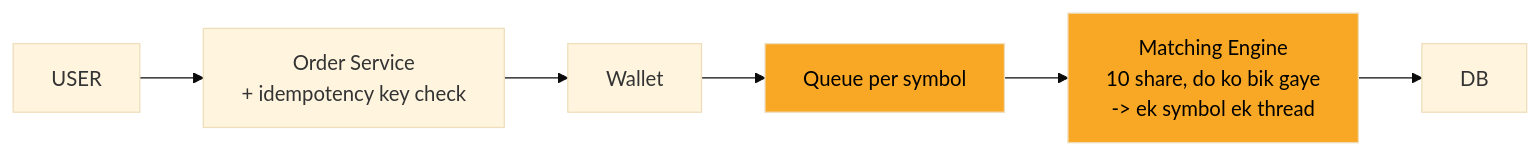
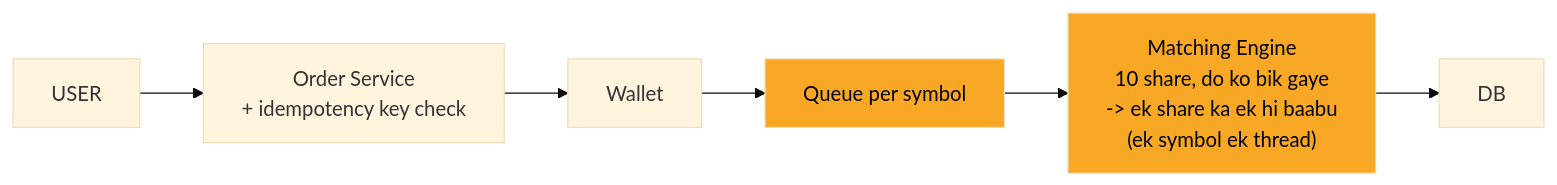
Before and after one commit to ArpanMaheshwari144/Prep: the fourth of 10 diagrams in 04_HLD/SYSTEM_DESIGNS/05_stock_broker_trading/05_stock_broker_trading.md, drawn with Mermaid (base theme). The commit also changed other lines of this file and 13 other files, not shown here.

````diff
--- a/04_HLD/SYSTEM_DESIGNS/05_stock_broker_trading/05_stock_broker_trading.md
+++ b/04_HLD/SYSTEM_DESIGNS/05_stock_broker_trading/05_stock_broker_trading.md
@@ -158,16 +158,16 @@
 ```mermaid
 flowchart LR
     n_USER["USER"]
     n_Order_Service["Order Service<br/>+ idempotency key check"]
     n_Wallet["Wallet"]
     n_Queue_per_symbol["Queue per symbol"]
-    n_Matching_Engine["Matching Engine<br/>10 share, do ko bik gaye<br/>-> ek symbol ek thread"]
+    n_Matching_Engine["Matching Engine<br/>10 share, do ko bik gaye<br/>-> ek share ka ek hi baabu<br/>(ek symbol ek thread)"]
     n_DB["DB"]
     n_USER --> n_Order_Service
     n_Order_Service --> n_Wallet
     n_Wallet --> n_Queue_per_symbol
     n_Queue_per_symbol --> n_Matching_Engine
     n_Matching_Engine --> n_DB
     style n_Queue_per_symbol fill:#f9a825,color:#000
     style n_Matching_Engine fill:#f9a825,color:#000
 ```
````
